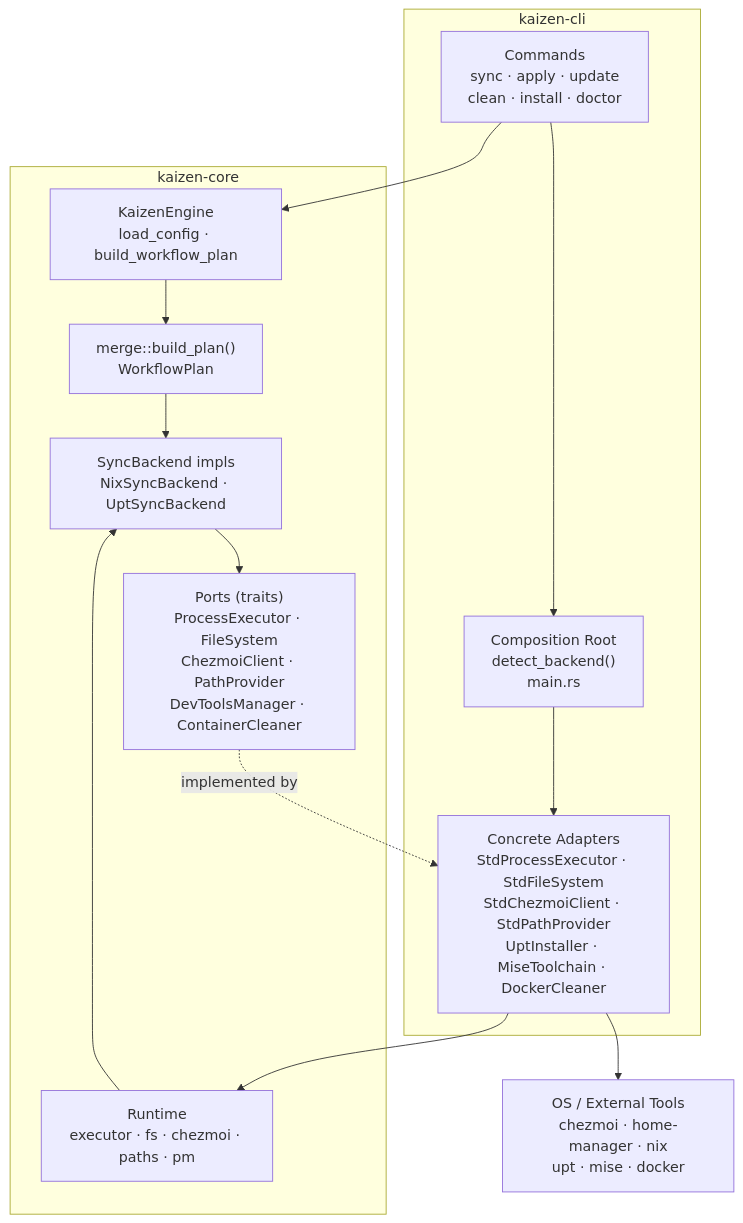
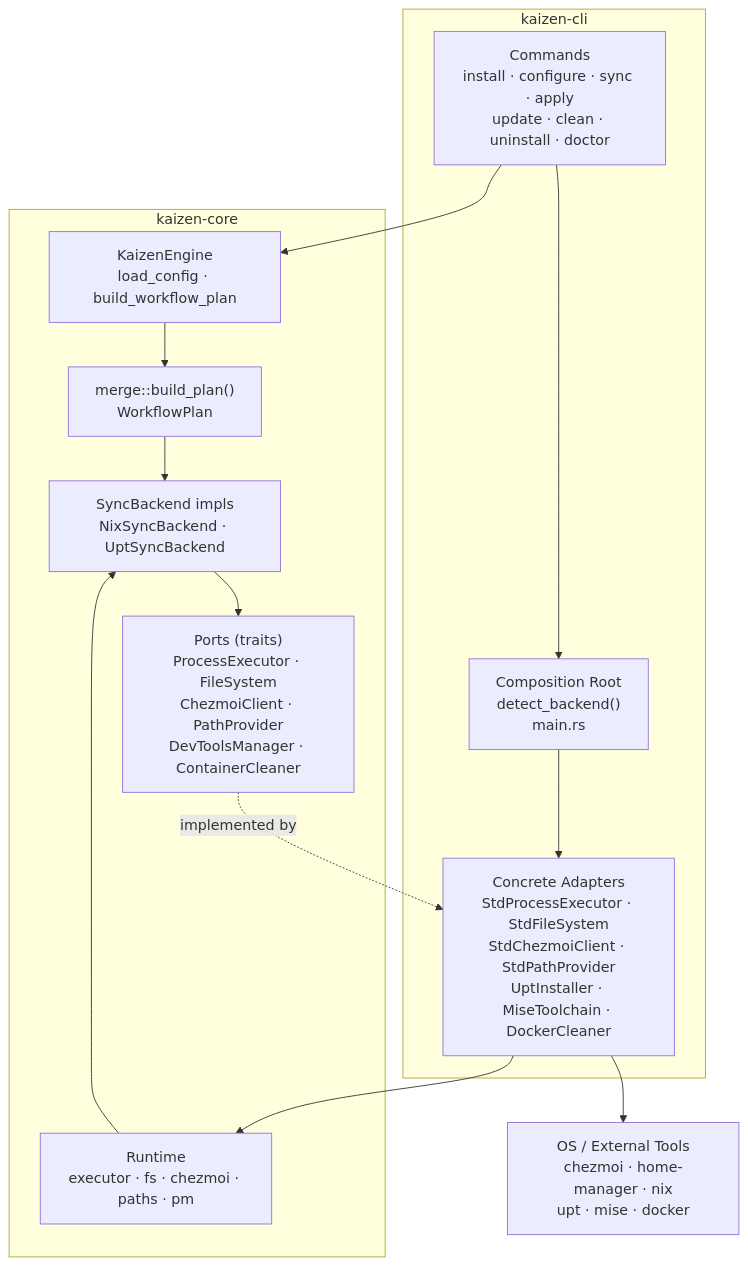
Before and after one commit to Artawower/kaizen: the first of 4 diagrams in docs/architecture.md, drawn with Mermaid. The commit also changed other lines of this file and 12 other files, not shown here.

Commit message:
refactor(cli): rename init→install, setup→configure; remove upt install; add bump

````diff
--- a/docs/architecture.md
+++ b/docs/architecture.md
@@ -7,29 +7,29 @@
 ```mermaid
 graph TD
     subgraph CLI["kaizen-cli"]
-        CMD["Commands<br/>sync · apply · update<br/>clean · install · doctor"]
+        CMD["Commands<br/>install · configure · sync · apply<br/>update · clean · uninstall · doctor"]
         ROOT["Composition Root<br/>detect_backend()<br/>main.rs"]
         ADAPTERS["Concrete Adapters<br/>StdProcessExecutor · StdFileSystem<br/>StdChezmoiClient · StdPathProvider<br/>UptInstaller · MiseToolchain · DockerCleaner"]
     end
 
     subgraph CORE["kaizen-core"]
         ENGINE["KaizenEngine<br/>load_config · build_workflow_plan"]
         PLAN["merge::build_plan()<br/>WorkflowPlan"]
         BACKENDS["SyncBackend impls<br/>NixSyncBackend · UptSyncBackend"]
         RUNTIME["Runtime<br/>executor · fs · chezmoi · paths · pm"]
         PORTS["Ports (traits)<br/>ProcessExecutor · FileSystem<br/>ChezmoiClient · PathProvider<br/>DevToolsManager · ContainerCleaner"]
     end
 
     OS["OS / External Tools<br/>chezmoi · home-manager · nix<br/>upt · mise · docker"]
 
     CMD --> ENGINE
     CMD --> ROOT
     ROOT --> ADAPTERS
     ADAPTERS --> RUNTIME
     RUNTIME --> BACKENDS
     ENGINE --> PLAN
     PLAN --> BACKENDS
     BACKENDS --> PORTS
     PORTS -.->|implemented by| ADAPTERS
     ADAPTERS --> OS
 ```
````
